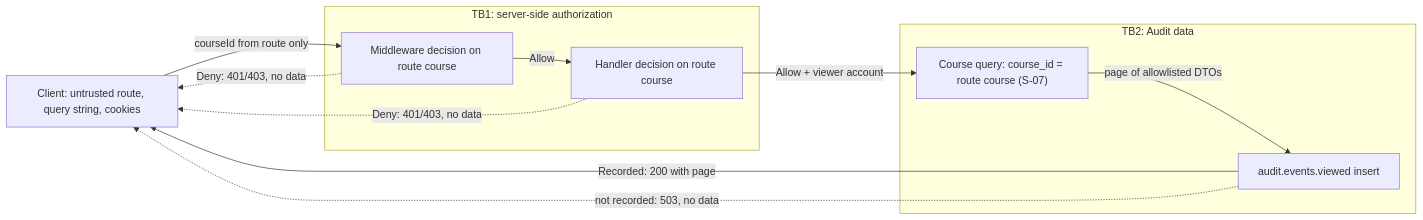
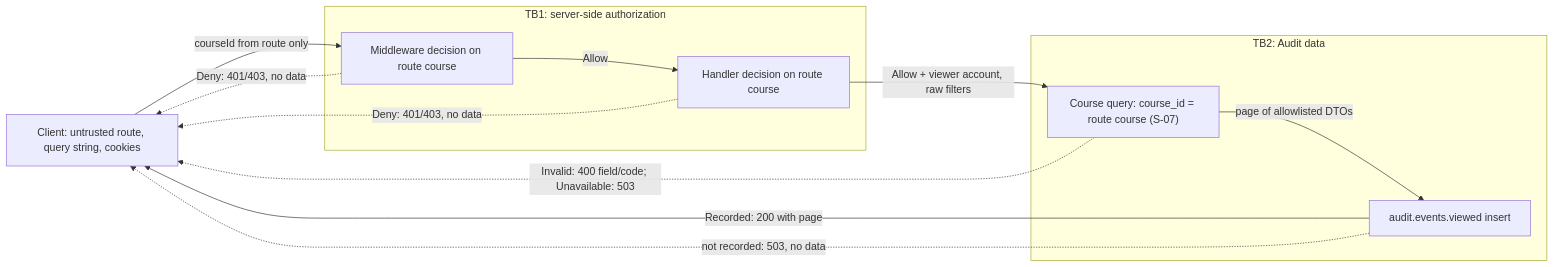
Before and after one commit to owlCoder/security-lab: the second of 2 diagrams in docs/components/audit/S14-COURSE-AUDIT-ENDPOINT.md, drawn with Mermaid. The commit also changed other lines of this file and 9 other files, not shown here.

````diff
--- a/docs/components/audit/S14-COURSE-AUDIT-ENDPOINT.md
+++ b/docs/components/audit/S14-COURSE-AUDIT-ENDPOINT.md
@@ -130,20 +175,21 @@
 ```mermaid
 flowchart LR
     C["Client: untrusted route, query string, cookies"]
     subgraph TB1["TB1: server-side authorization"]
         A1["Middleware decision on route course"]
         A2["Handler decision on route course"]
     end
     subgraph TB2["TB2: Audit data"]
         Q["Course query: course_id = route course (S-07)"]
         V["audit.events.viewed insert"]
     end
     C -->|"courseId from route only"| A1
     A1 -->|"Allow"| A2
-    A2 -->|"Allow + viewer account"| Q
+    A2 -->|"Allow + viewer account, raw filters"| Q
     Q -->|"page of allowlisted DTOs"| V
     V -->|"Recorded: 200 with page"| C
     V -.->|"not recorded: 503, no data"| C
+    Q -.->|"Invalid: 400 field/code; Unavailable: 503"| C
     A1 -.->|"Deny: 401/403, no data"| C
     A2 -.->|"Deny: 401/403, no data"| C
 ```
````
